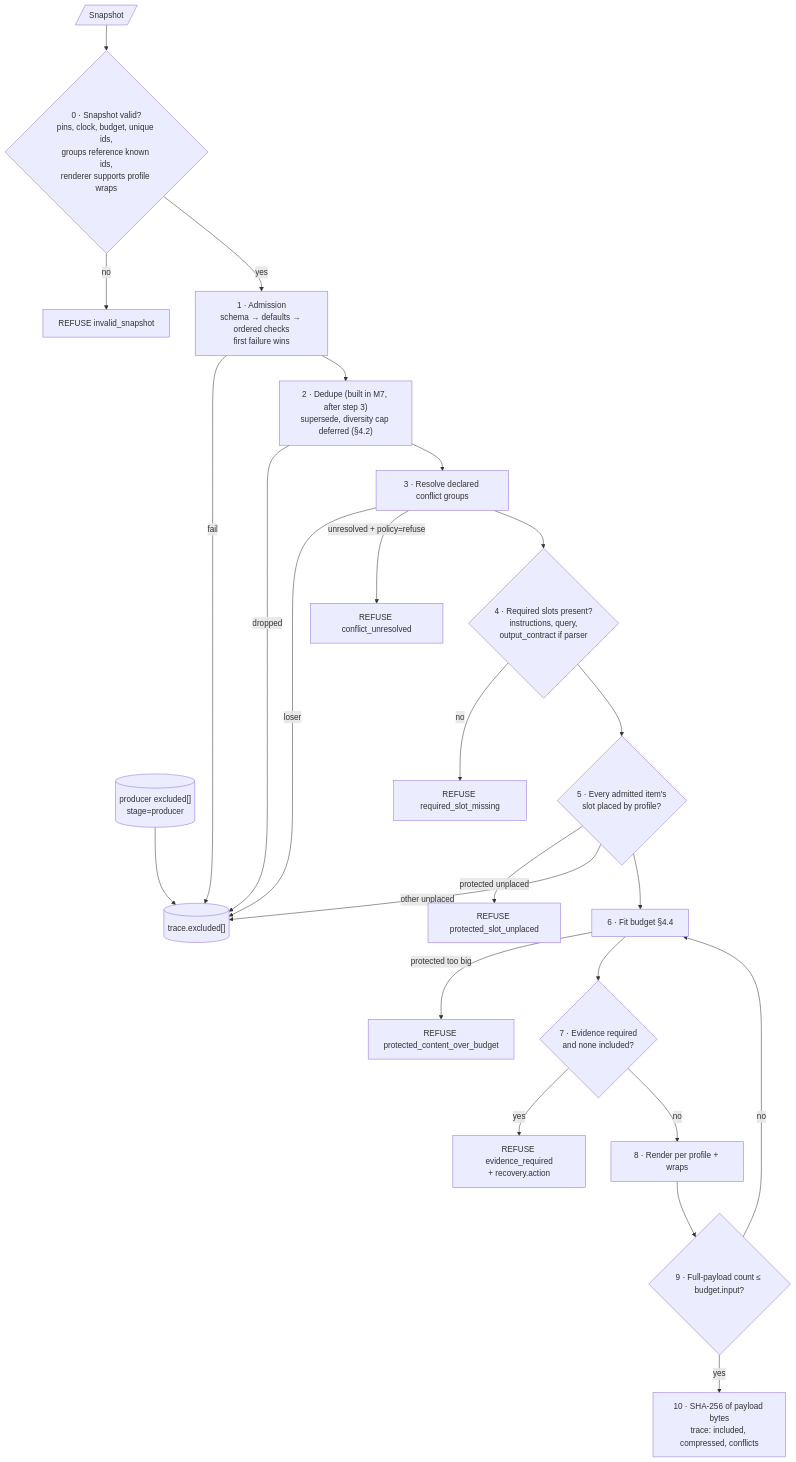
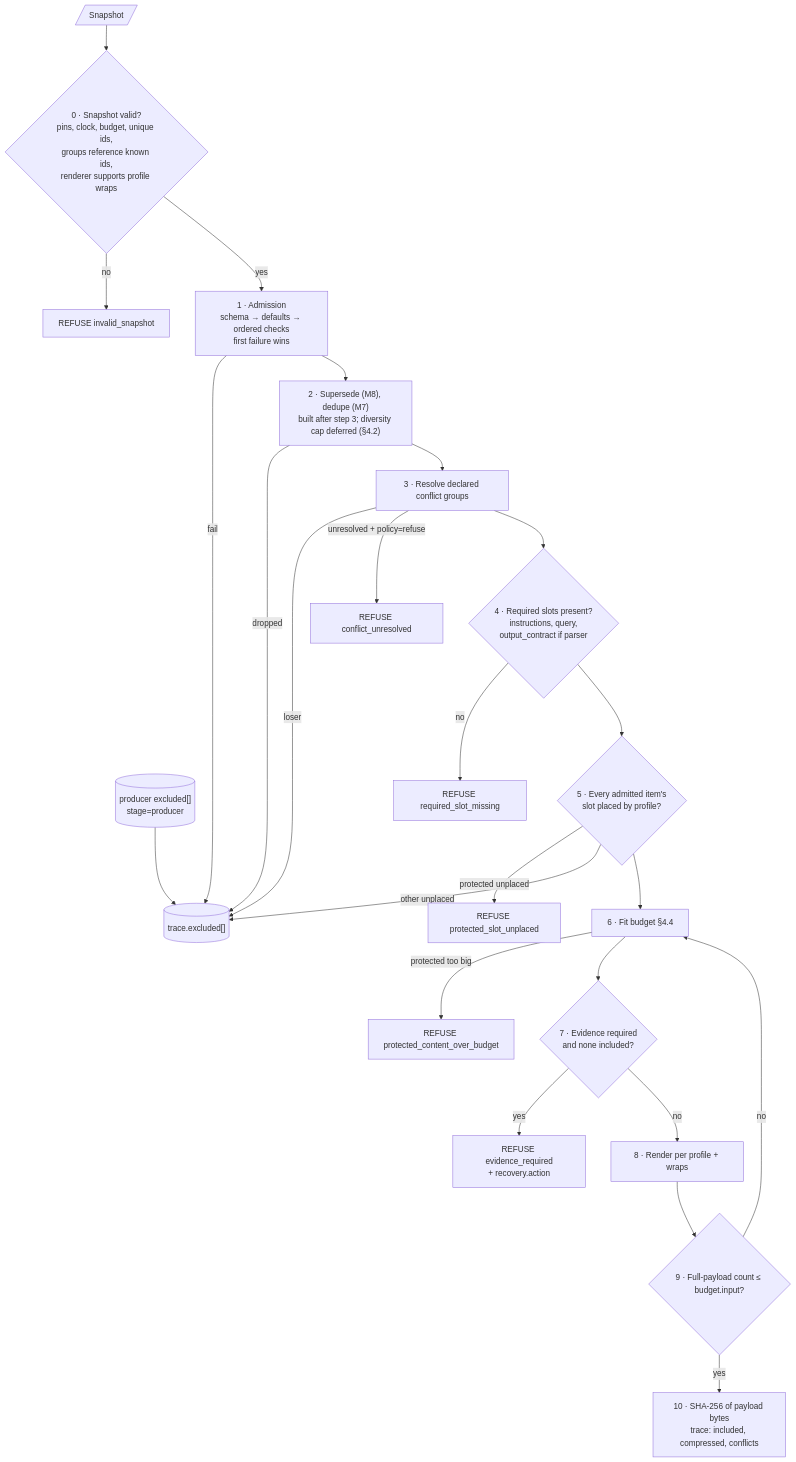
Before and after one commit to contextwindowarchitecture/assembler-python: the fourth of 20 diagrams in docs/DESIGN.md, drawn with Mermaid. The commit also changed other lines of this file and 10 other files, not shown here.

````diff
--- a/docs/DESIGN.md
+++ b/docs/DESIGN.md
@@ -286,26 +287,26 @@
 ```mermaid
 flowchart TD
   S[/Snapshot/] --> V{"0 · Snapshot valid?<br/>pins, clock, budget, unique ids,<br/>groups reference known ids,<br/>renderer supports profile wraps"}
   V -- no --> RF0["REFUSE invalid_snapshot"]
   V -- yes --> AD["1 · Admission<br/>schema → defaults → ordered checks<br/>first failure wins"]
   PX[("producer excluded[]<br/>stage=producer")] --> EXC[("trace.excluded[]")]
   AD -- fail --> EXC
-  AD --> DD["2 · Dedupe (built in M7, after step 3)<br/>supersede, diversity cap deferred (§4.2)"]
+  AD --> DD["2 · Supersede (M8), dedupe (M7)<br/>built after step 3; diversity cap deferred (§4.2)"]
   DD -- dropped --> EXC
   DD --> CF["3 · Resolve declared conflict groups"]
   CF -- loser --> EXC
   CF -- "unresolved + policy=refuse" --> RF1["REFUSE conflict_unresolved"]
   CF --> RQ{"4 · Required slots present?<br/>instructions, query,<br/>output_contract if parser"}
   RQ -- no --> RF2["REFUSE required_slot_missing"]
   RQ --> PL{"5 · Every admitted item's<br/>slot placed by profile?"}
   PL -- "protected unplaced" --> RF3["REFUSE protected_slot_unplaced"]
   PL -- "other unplaced" --> EXC
   PL --> FIT["6 · Fit budget §4.4"]
   FIT -- "protected too big" --> RF4["REFUSE protected_content_over_budget"]
   FIT --> EV{"7 · Evidence required<br/>and none included?"}
   EV -- yes --> RF5["REFUSE evidence_required<br/>+ recovery.action"]
   EV -- no --> RN["8 · Render per profile + wraps"]
   RN --> CT{"9 · Full-payload count ≤ budget.input?"}
   CT -- no --> FIT
   CT -- yes --> H["10 · SHA-256 of payload bytes<br/>trace: included, compressed, conflicts"]
 ```
````
